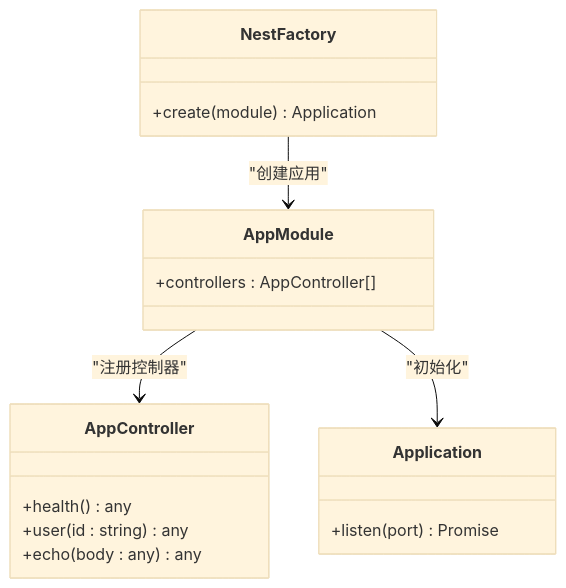
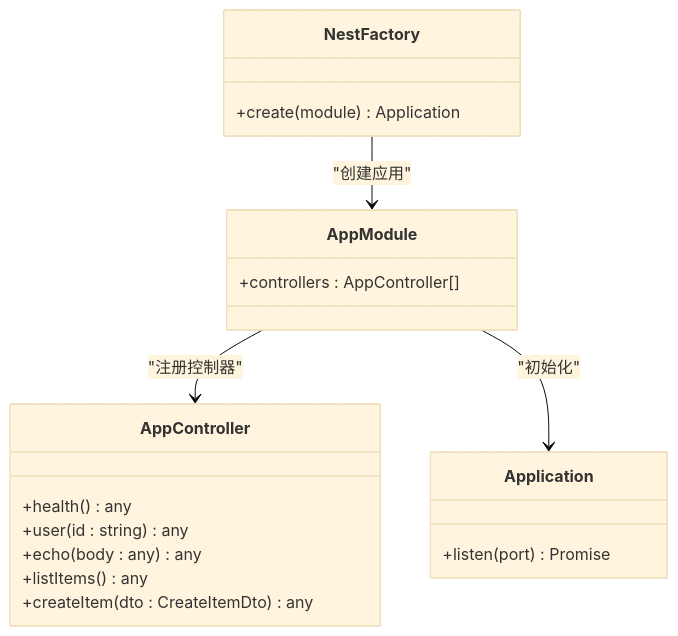
One commit to esa-sp/test-for-aone-ci changed the fifth of 7 diagrams in .qoder/repowiki/zh/content/后端框架测试/Koa、Hono、NestJS框架测试.md. Above: the diagram before and after it, drawn with Mermaid (base theme). The commit also changed other lines of this file and 7 other files, not shown here.

````diff
--- a/.qoder/repowiki/zh/content/后端框架测试/Koa、Hono、NestJS框架测试.md
+++ b/.qoder/repowiki/zh/content/后端框架测试/Koa、Hono、NestJS框架测试.md
@@ -357,20 +306,22 @@
 ```mermaid
 classDiagram
 class AppModule {
 +controllers : AppController[]
 }
 class AppController {
 +health() any
 +user(id : string) any
 +echo(body : any) any
++listItems() any
++createItem(dto : CreateItemDto) any
 }
 class NestFactory {
 +create(module) Application
 }
 class Application {
 +listen(port) Promise<void>
 }
 AppModule --> AppController : "注册控制器"
 NestFactory --> AppModule : "创建应用"
 AppModule --> Application : "初始化"
 ```
````
